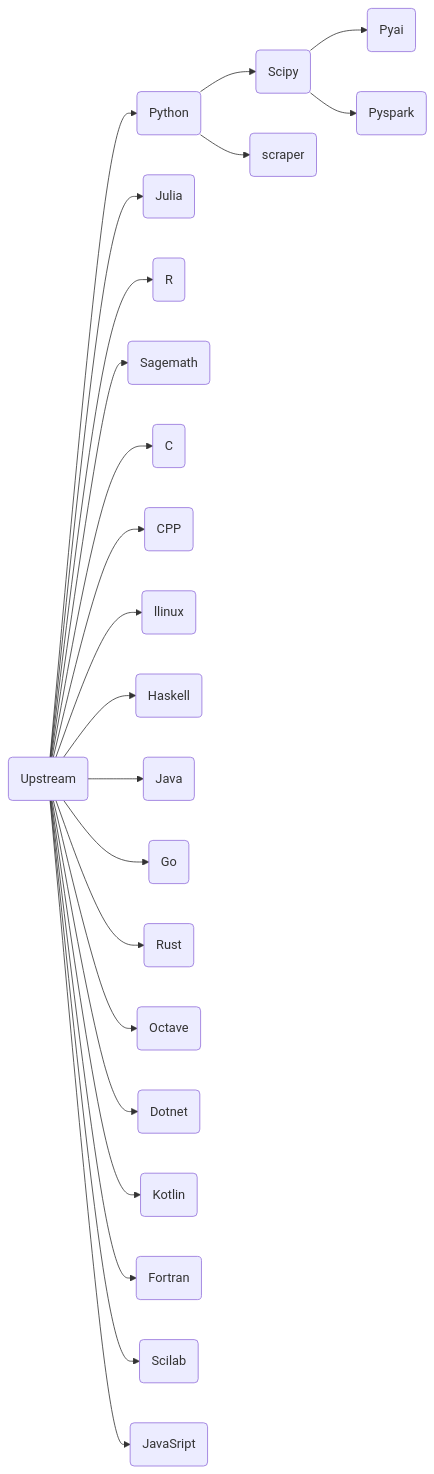
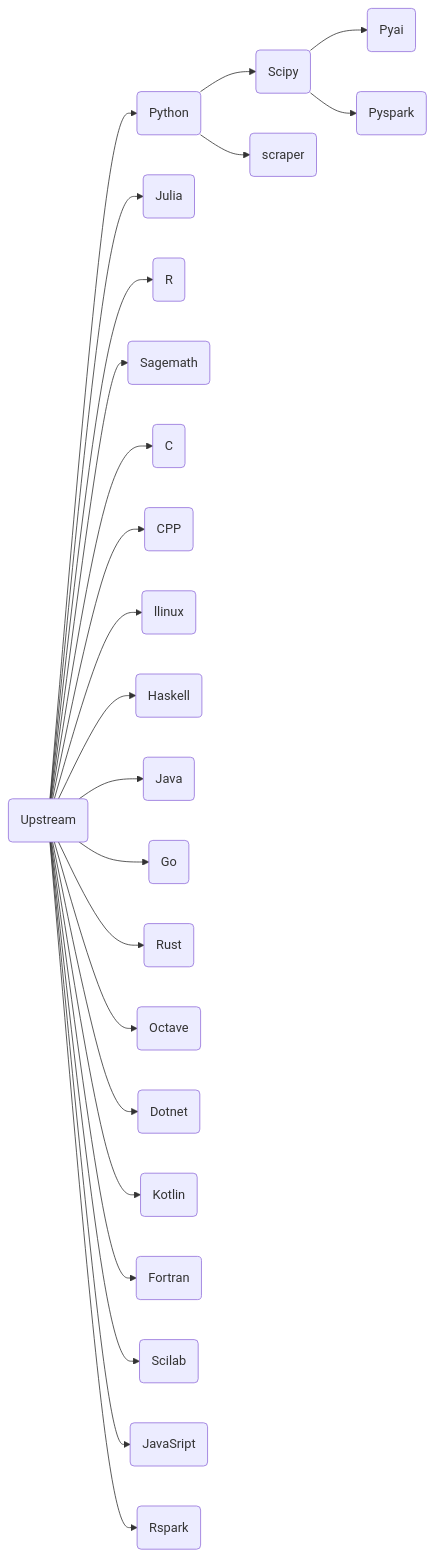
The diagram in README.md (ben0i0d/jupyter-image-stacks), drawn with Mermaid before and after one commit. The commit also changed other lines of this file and 2 other files, not shown here.

Commit message:
Update 4 files
- /rspark/Dockerfile
- /README.md
- /pyspark/Dockerfile
- /.gitlab-ci.yml

````diff
--- a/README.md
+++ b/README.md
@@ -71,24 +72,25 @@
 ```mermaid
 graph LR
 A(Upstream)-->B(Python)
 B-->C(Scipy)
 B-->D(scraper)
 C(Scipy)-->E(Pyai)  
 C(Scipy)-->F(Pyspark)  
 A-->G(Julia)
 A-->H(R)
 A-->I(Sagemath)
 A-->J(C)
 A-->K(CPP)
 A-->L(llinux)
 A-->M(Haskell)
 A-->N(Java)
 A-->O(Go)
 A-->P(Rust)
 A-->Q(Octave)
 A-->R(Dotnet)
 A-->S(Kotlin)
 A-->T(Fortran)
 A-->U(Scilab)
 A-->V(JavaSript)
+A-->W(Rspark)
 ```  
````
